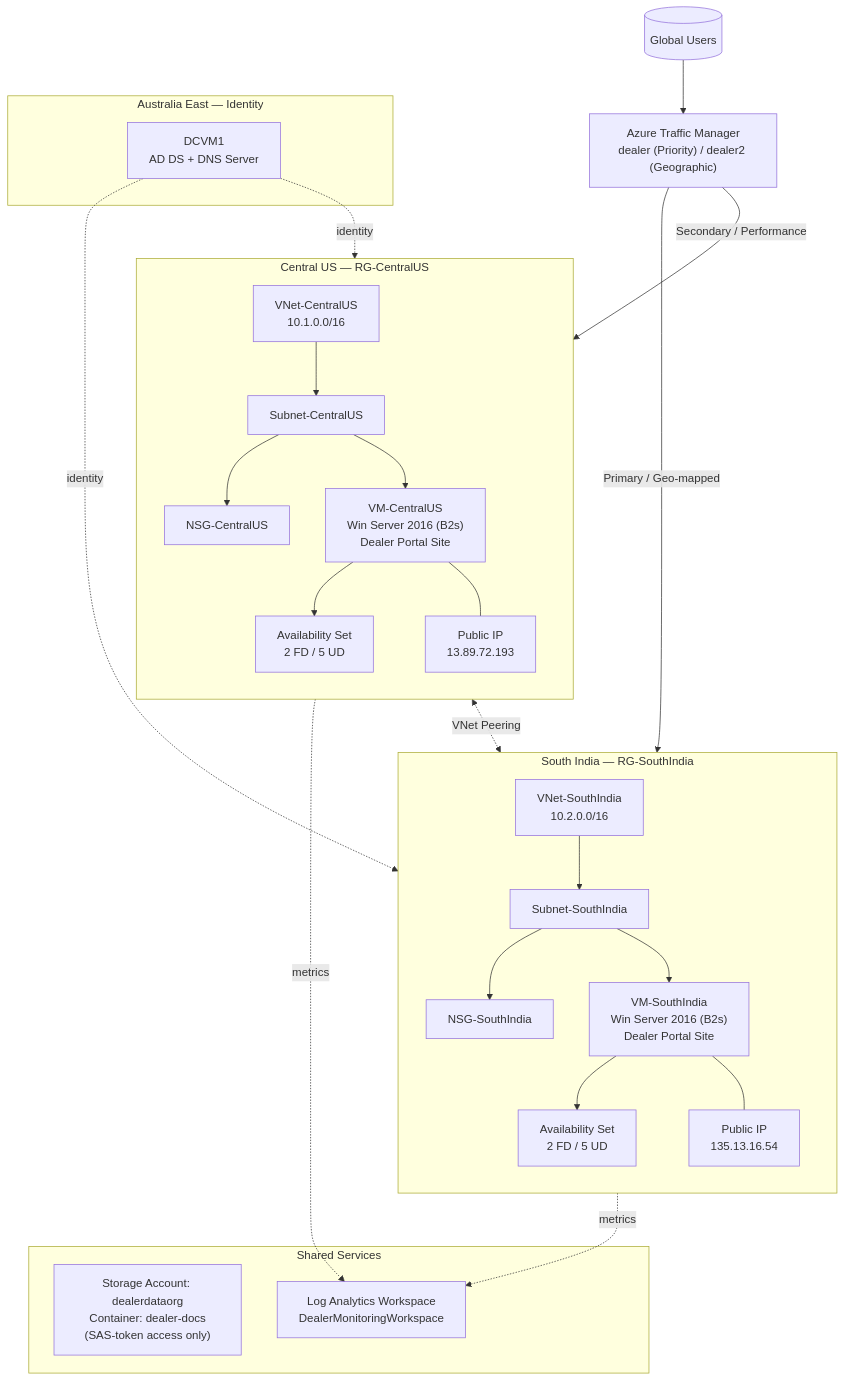
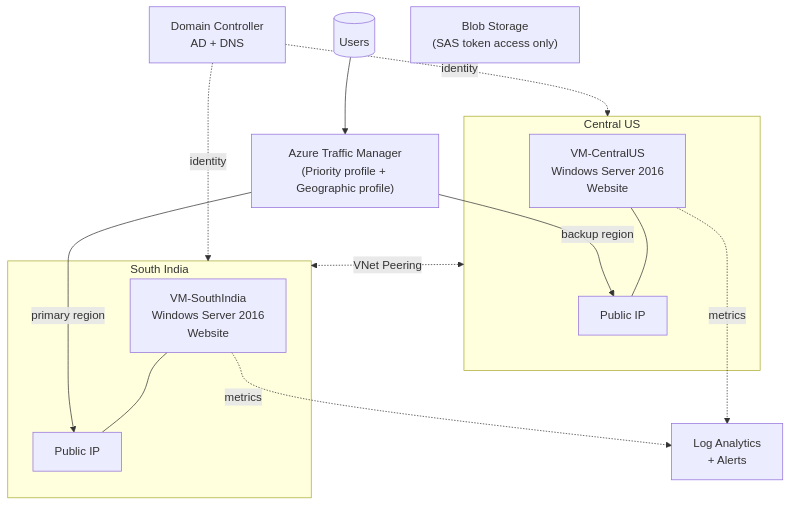
One commit to vluv89/AZ-MultiRegion-Architecture changed the diagram in README.md. Above: the diagram before and after it, drawn with Mermaid. The commit also changed other lines of this file and 4 other files, not shown here.

````diff
--- a/README.md
+++ b/README.md
@@ -35,40 +26,27 @@
 ```mermaid
 graph TB
-    User[("Global Users")] --> TM["Azure Traffic Manager<br/>dealer (Priority) / dealer2 (Geographic)"]
+    User[("Users")] --> TM["Azure Traffic Manager<br/>(Priority profile + Geographic profile)"]
 
-    subgraph CUS["Central US — RG-CentralUS"]
-        direction TB
-        VNetCUS["VNet-CentralUS<br/>10.1.0.0/16"] --> SubCUS["Subnet-CentralUS"]
-        SubCUS --> NSGCUS["NSG-CentralUS"]
-        SubCUS --> VMCUS["VM-CentralUS<br/>Win Server 2016 (B2s)<br/>Dealer Portal Site"]
-        VMCUS --> AVSETCUS["Availability Set<br/>2 FD / 5 UD"]
-        VMCUS --- PIPCUS["Public IP<br/>13.89.72.193"]
+    subgraph CUS["Central US"]
+        VMCUS["VM-CentralUS<br/>Windows Server 2016<br/>Website"]
+        VMCUS --- PIPCUS["Public IP"]
     end
 
-    subgraph STI["South India — RG-SouthIndia"]
-        direction TB
-        VNetSTI["VNet-SouthIndia<br/>10.2.0.0/16"] --> SubSTI["Subnet-SouthIndia"]
-        SubSTI --> NSGSTI["NSG-SouthIndia"]
-        SubSTI --> VMSTI["VM-SouthIndia<br/>Win Server 2016 (B2s)<br/>Dealer Portal Site"]
-        VMSTI --> AVSETSTI["Availability Set<br/>2 FD / 5 UD"]
-        VMSTI --- PIPSTI["Public IP<br/>135.13.16.54"]
+    subgraph STI["South India"]
+        VMSTI["VM-SouthIndia<br/>Windows Server 2016<br/>Website"]
+        VMSTI --- PIPSTI["Public IP"]
     end
 
-    TM -->|Secondary / Performance| PIPCUS
-    TM -->|Primary / Geo-mapped| PIPSTI
-    VNetCUS <-. VNet Peering .-> VNetSTI
+    TM -->|backup region| PIPCUS
+    TM -->|primary region| PIPSTI
+    CUS <-. VNet Peering .-> STI
 
-    subgraph ID["Australia East — Identity"]
-        DC["DCVM1<br/>AD DS + DNS Server"]
-    end
+    DC["Domain Controller<br/>AD + DNS"]
+    Blob["Blob Storage<br/>(SAS token access only)"]
+    LA["Log Analytics<br/>+ Alerts"]
 
-    subgraph SVC["Shared Services"]
-        Blob["Storage Account: dealerdataorg<br/>Container: dealer-docs<br/>(SAS-token access only)"]
-        LA["Log Analytics Workspace<br/>DealerMonitoringWorkspace"]
-    end
-
+    DC -. identity .-> CUS
+    DC -. identity .-> STI
     VMCUS -. metrics .-> LA
     VMSTI -. metrics .-> LA
-    DC -. identity .-> VNetCUS
-    DC -. identity .-> VNetSTI
 ```
````
